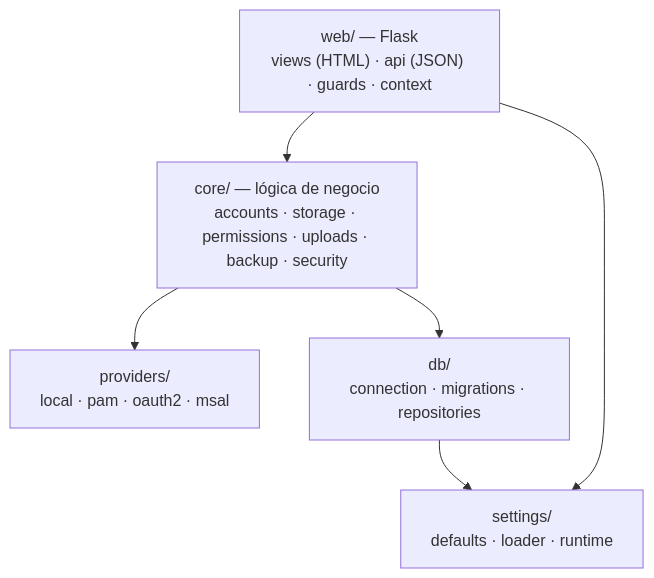
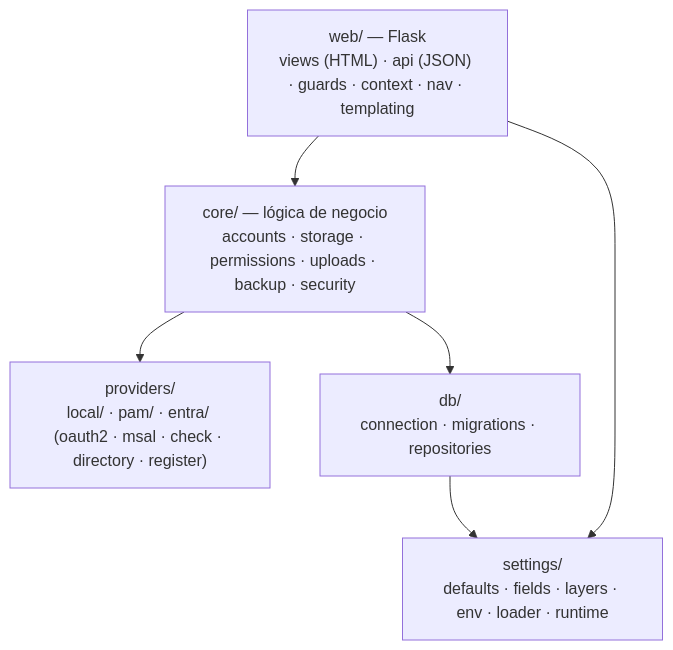
Before and after one commit to vsc55/StorageWeb: the second of 2 diagrams in docs/arquitectura/index.md, drawn with Mermaid. The commit also changed other lines of this file and 134 other files, not shown here.

````diff
--- a/docs/arquitectura/index.md
+++ b/docs/arquitectura/index.md
@@ -20,11 +20,11 @@
 ```mermaid
 flowchart TB
-    web["web/ — Flask<br/>views (HTML) · api (JSON) · guards · context"]
+    web["web/ — Flask<br/>views (HTML) · api (JSON) · guards · context · nav · templating"]
     core["core/ — lógica de negocio<br/>accounts · storage · permissions · uploads · backup · security"]
-    prov["providers/<br/>local · pam · oauth2 · msal"]
+    prov["providers/<br/>local/ · pam/ · entra/ (oauth2 · msal · check · directory · register)"]
     db["db/<br/>connection · migrations · repositories"]
-    settings["settings/<br/>defaults · loader · runtime"]
+    settings["settings/<br/>defaults · fields · layers · env · loader · runtime"]
     web --> core --> db --> settings
     core --> prov
     web --> settings
 ```
````
